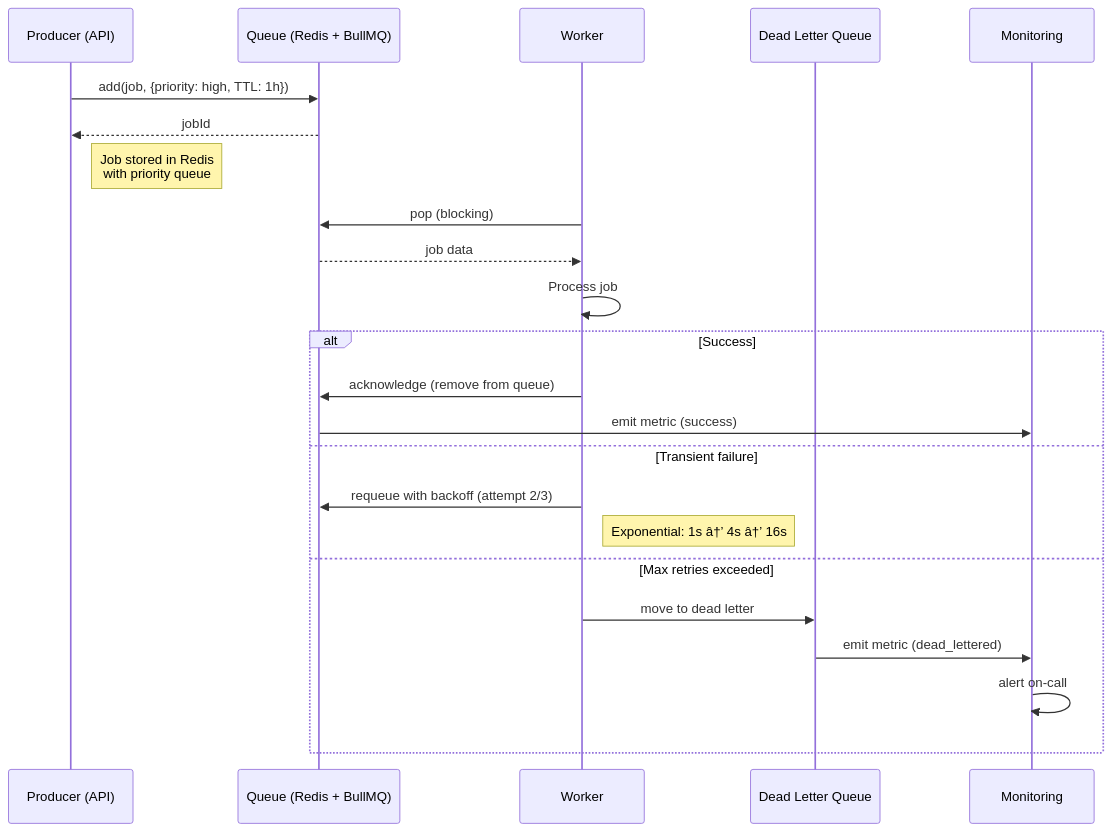
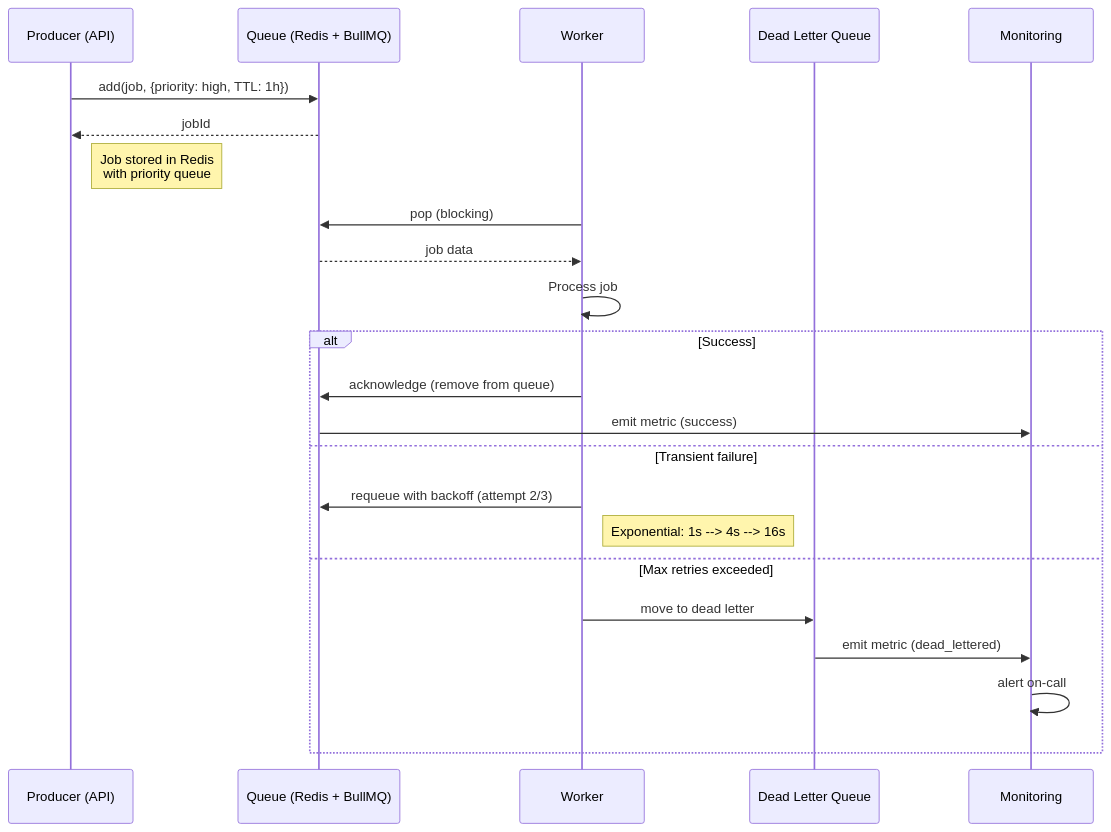
Before and after one commit to Driftloom/Vaeloom: the second of 2 diagrams in Docs/Backend/Queue.md, drawn with Mermaid. The commit also changed other lines of this file and 6 other files, not shown here.

Commit message:
docs(backend): add backend architecture, connectors, workers, and business logic

````diff
--- a/Docs/Backend/Queue.md
+++ b/Docs/Backend/Queue.md
@@ -186,27 +186,27 @@
 ```mermaid
 sequenceDiagram
     participant P as Producer (API)
     participant Q as Queue (Redis + BullMQ)
     participant W as Worker
     participant DLQ as Dead Letter Queue
     participant M as Monitoring
 
     P->>Q: add(job, {priority: high, TTL: 1h})
     Q-->>P: jobId
     Note right of P: Job stored in Redis<br/>with priority queue
 
     W->>Q: pop (blocking)
     Q-->>W: job data
     W->>W: Process job
     alt Success
         W->>Q: acknowledge (remove from queue)
         Q->>M: emit metric (success)
     else Transient failure
         W->>Q: requeue with backoff (attempt 2/3)
-        Note right of W: Exponential: 1s â†’ 4s â†’ 16s
+        Note right of W: Exponential: 1s --> 4s --> 16s
     else Max retries exceeded
         W->>DLQ: move to dead letter
         DLQ->>M: emit metric (dead_lettered)
         M->>M: alert on-call
     end
 ```
````
